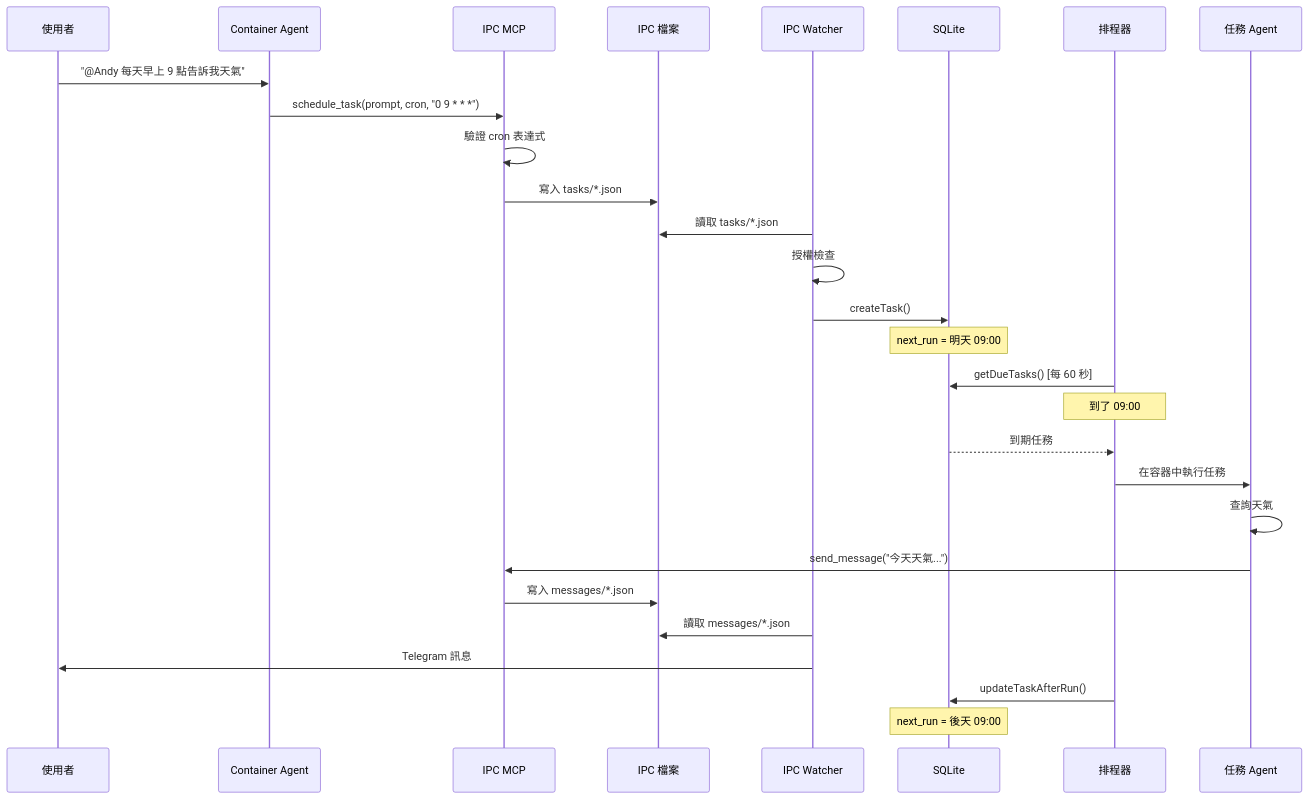
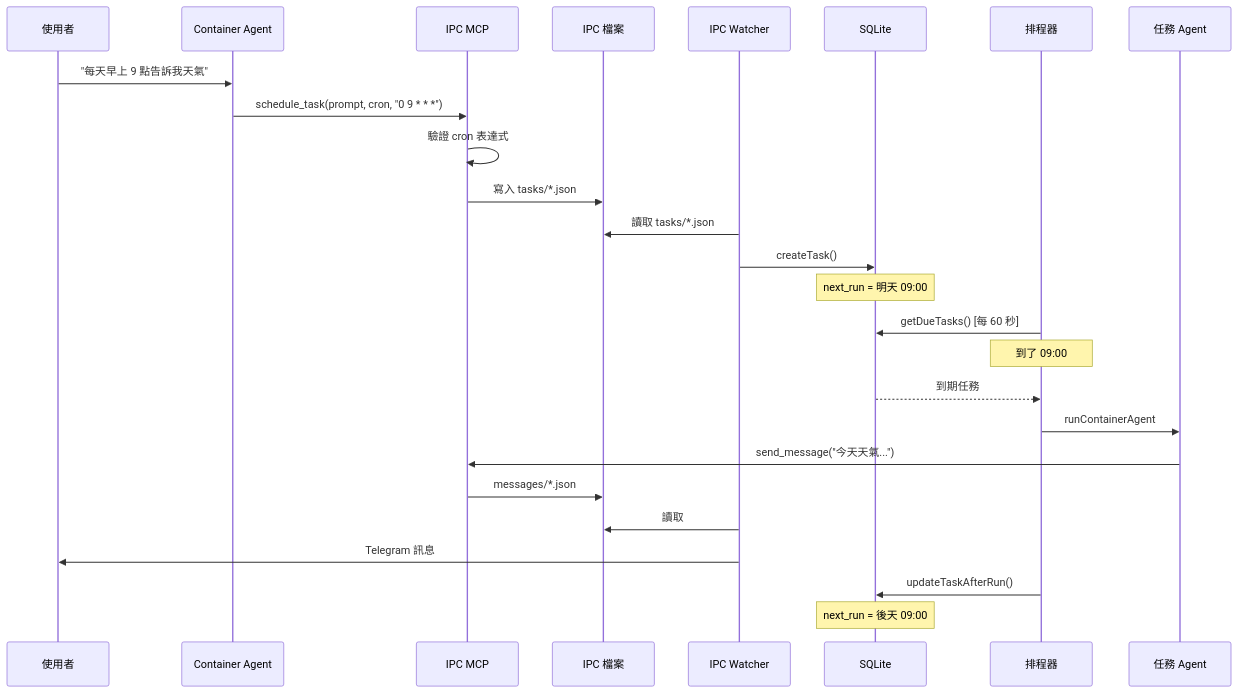
Diagram 31 of 39 in tutorial/TUTORIAL.md (shunwork/nanoclaw), drawn with Mermaid before and after one commit. The commit also changed other lines of this file and 18 other files, not shown here.

````diff
--- a/tutorial/TUTORIAL.md
+++ b/tutorial/TUTORIAL.md
@@ -1336,35 +1371,33 @@
 ```mermaid
 sequenceDiagram
     participant User as 使用者
     participant Agent as Container Agent
     participant MCP as IPC MCP
     participant IPC as IPC 檔案
     participant Watcher as IPC Watcher
     participant DB as SQLite
     participant Scheduler as 排程器
     participant TaskAgent as 任務 Agent
 
-    User->>Agent: "@Andy 每天早上 9 點告訴我天氣"
+    User->>Agent: "每天早上 9 點告訴我天氣"
     Agent->>MCP: schedule_task(prompt, cron, "0 9 * * *")
     MCP->>MCP: 驗證 cron 表達式
     MCP->>IPC: 寫入 tasks/*.json
 
     Watcher->>IPC: 讀取 tasks/*.json
-    Watcher->>Watcher: 授權檢查
     Watcher->>DB: createTask()
     Note over DB: next_run = 明天 09:00
 
     Scheduler->>DB: getDueTasks() [每 60 秒]
     Note over Scheduler: 到了 09:00
     DB-->>Scheduler: 到期任務
 
-    Scheduler->>TaskAgent: 在容器中執行任務
-    TaskAgent->>TaskAgent: 查詢天氣
+    Scheduler->>TaskAgent: runContainerAgent
     TaskAgent->>MCP: send_message("今天天氣...")
-    MCP->>IPC: 寫入 messages/*.json
-    Watcher->>IPC: 讀取 messages/*.json
+    MCP->>IPC: messages/*.json
+    Watcher->>IPC: 讀取
     Watcher->>User: Telegram 訊息
 
     Scheduler->>DB: updateTaskAfterRun()
     Note over DB: next_run = 後天 09:00
 ```
````
